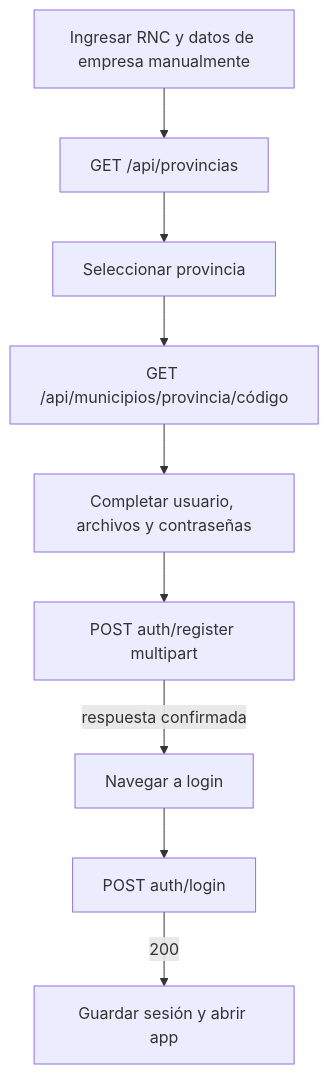
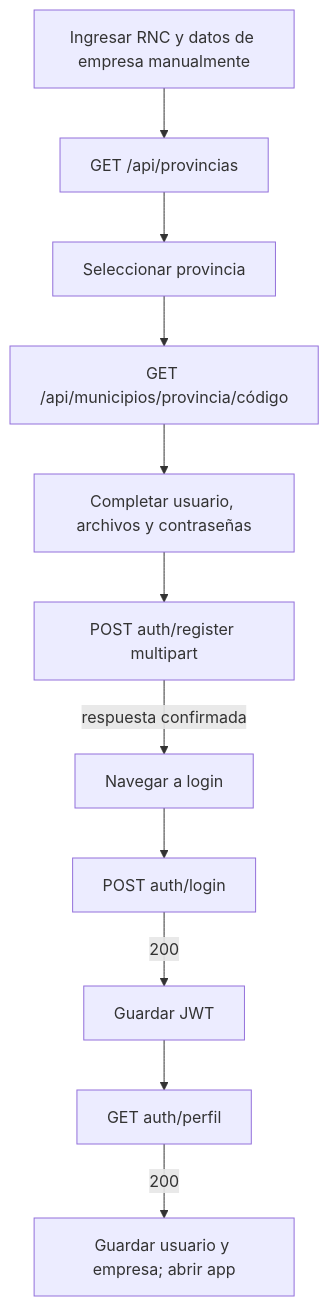
One commit to BrianPelegrin/effisort-web changed the first of 2 diagrams in docs/frontend/README.md. Above: the diagram before and after it, drawn with Mermaid. The commit also changed other lines of this file and 54 other files, not shown here.

````diff
--- a/docs/frontend/README.md
+++ b/docs/frontend/README.md
@@ -885,11 +1239,13 @@
 ```mermaid
 flowchart TD
   A[Ingresar RNC y datos de empresa manualmente] --> B[GET /api/provincias]
   B --> C[Seleccionar provincia]
   C --> D[GET /api/municipios/provincia/código]
   D --> E[Completar usuario, archivos y contraseñas]
   E --> F[POST auth/register multipart]
   F -->|respuesta confirmada| G[Navegar a login]
   G --> H[POST auth/login]
-  H -->|200| I[Guardar sesión y abrir app]
+  H -->|200| I[Guardar JWT]
+  I --> J[GET auth/perfil]
+  J -->|200| K[Guardar usuario y empresa; abrir app]
 ```
````
